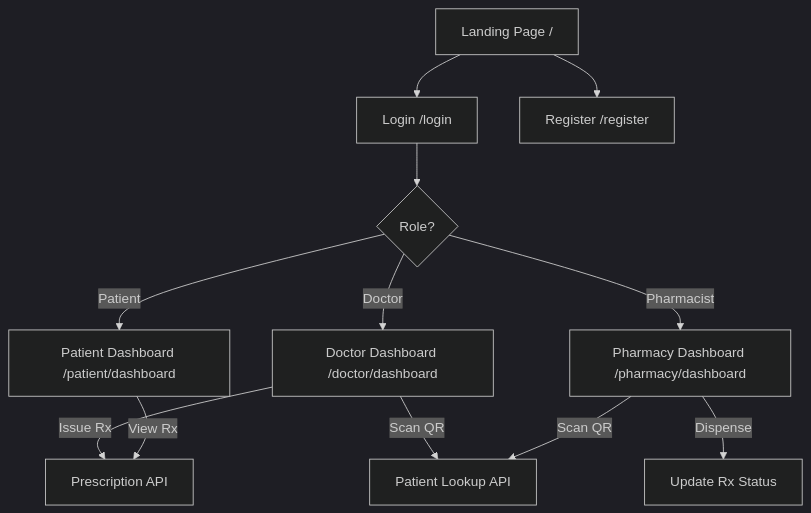
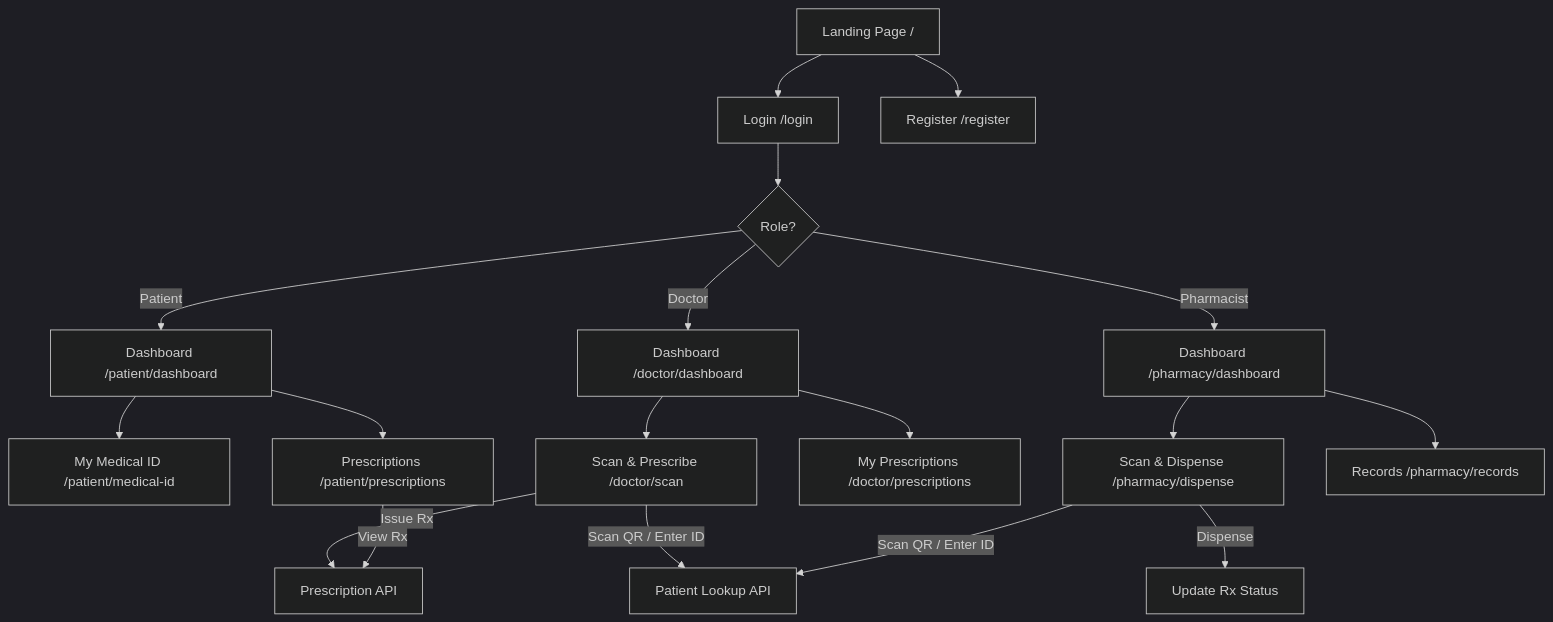
Before and after one commit to sasindumal/AyuLink: the diagram in walkthrough.md, drawn with Mermaid (dark theme). The commit also changed other lines of this file and 14 other files, not shown here.

Commit message:
feat: Add doctor scan/prescribe, pharmacy dispense/records, patient prescriptions/medical ID pages, and data seeding.

````diff
--- a/walkthrough.md
+++ b/walkthrough.md
@@ -23,15 +74,24 @@
 ```mermaid
 graph TD
     A["Landing Page /"] --> B["Login /login"]
     A --> C["Register /register"]
     B --> D{Role?}
-    D -->|Patient| E["Patient Dashboard /patient/dashboard"]
-    D -->|Doctor| F["Doctor Dashboard /doctor/dashboard"]
-    D -->|Pharmacist| G["Pharmacy Dashboard /pharmacy/dashboard"]
     
-    F -->|"Scan QR"| H["Patient Lookup API"]
-    F -->|"Issue Rx"| I["Prescription API"]
-    G -->|"Scan QR"| H
-    G -->|"Dispense"| J["Update Rx Status"]
-    E -->|"View Rx"| I
+    D -->|Patient| E["Dashboard /patient/dashboard"]
+    E --> E1["My Medical ID /patient/medical-id"]
+    E --> E2["Prescriptions /patient/prescriptions"]
+    
+    D -->|Doctor| F["Dashboard /doctor/dashboard"]
+    F --> F1["Scan & Prescribe /doctor/scan"]
+    F --> F2["My Prescriptions /doctor/prescriptions"]
+    
+    D -->|Pharmacist| G["Dashboard /pharmacy/dashboard"]
+    G --> G1["Scan & Dispense /pharmacy/dispense"]
+    G --> G2["Records /pharmacy/records"]
+    
+    F1 -->|"Scan QR / Enter ID"| H["Patient Lookup API"]
+    F1 -->|"Issue Rx"| I["Prescription API"]
+    G1 -->|"Scan QR / Enter ID"| H
+    G1 -->|"Dispense"| J["Update Rx Status"]
+    E2 -->|"View Rx"| I
 ```
````
